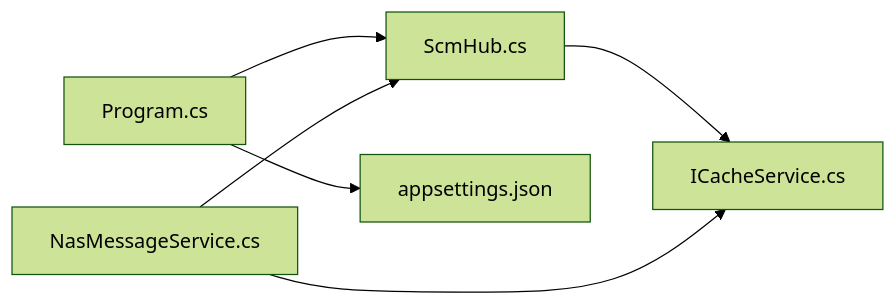
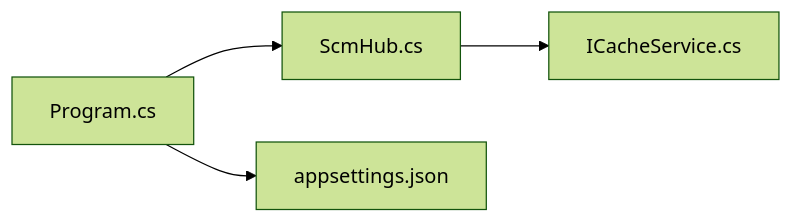
Before and after one commit to leadiot/Scm.Net: the seventh of 7 diagrams in .qoder/repowiki/zh/content/实时通信系统/实时通信系统.md, drawn with Mermaid (forest theme). The commit also changed other lines of this file and 17 other files, not shown here.

````diff
--- a/.qoder/repowiki/zh/content/实时通信系统/实时通信系统.md
+++ b/.qoder/repowiki/zh/content/实时通信系统/实时通信系统.md
@@ -282,8 +240,6 @@
 ```mermaid
 graph LR
 Program["Program.cs"] --> ScmHub["ScmHub.cs"]
 Program --> Settings["appsettings.json"]
 ScmHub --> ICache["ICacheService.cs"]
-NasSvc["NasMessageService.cs"] --> ScmHub
-NasSvc --> ICache
 ```
````
